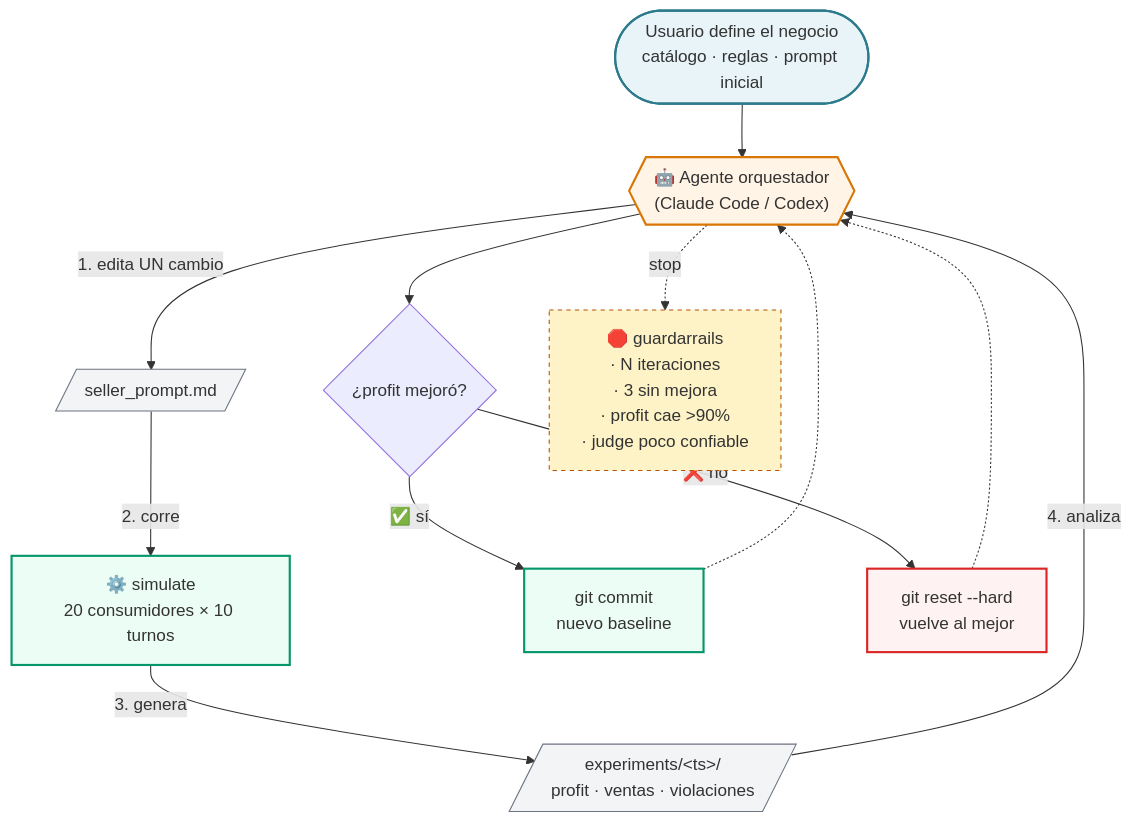
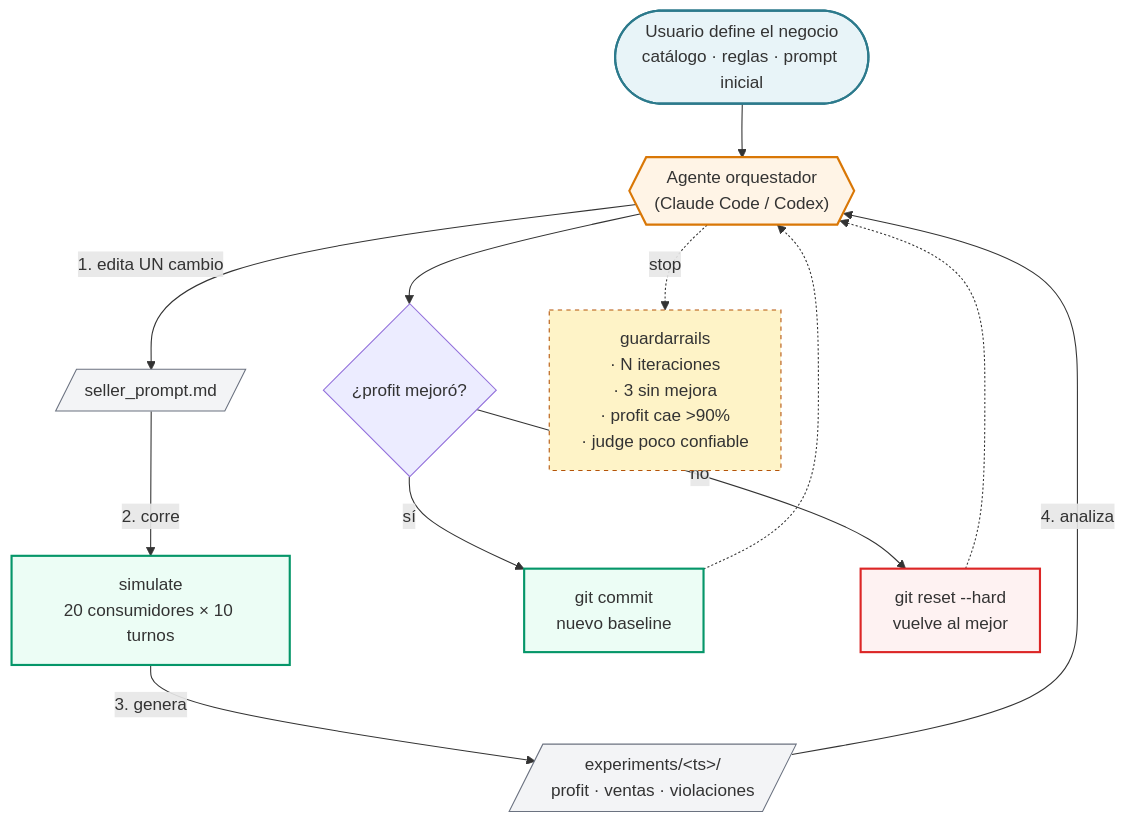
The diagram in docs/loop-macro.md (mfalcon/sales-arena), drawn with Mermaid before and after one commit. The commit also changed 2 other files, not shown here.

Commit message:
docs: remove emojis from diagram files
Strip decorative emojis from the three doc diagrams (loop-macro, methodology,
turns-and-feedback) and their narrative text. Keeps the labels and structure
intact; only the icons are gone.

````diff
--- a/docs/loop-macro.md
+++ b/docs/loop-macro.md
@@ -3,33 +3,33 @@
 ```mermaid
 flowchart TD
     U([Usuario define el negocio<br/>catálogo · reglas · prompt inicial]) --> ORQ
 
-    ORQ{{"🤖 Agente orquestador<br/>(Claude Code / Codex)"}}
+    ORQ{{"Agente orquestador<br/>(Claude Code / Codex)"}}
 
     ORQ -->|"1. edita UN cambio"| PR[/seller_prompt.md/]
-    PR -->|"2. corre"| SIM["⚙️ simulate<br/>20 consumidores × 10 turnos"]
+    PR -->|"2. corre"| SIM["simulate<br/>20 consumidores × 10 turnos"]
     SIM -->|"3. genera"| EXP[/"experiments/&lt;ts&gt;/<br/>profit · ventas · violaciones"/]
     EXP -->|"4. analiza"| ORQ
 
     ORQ --> Q{¿profit mejoró?}
-    Q -->|✅ sí| OK["git commit<br/>nuevo baseline"]
-    Q -->|❌ no| BAD["git reset --hard<br/>vuelve al mejor"]
+    Q -->|sí| OK["git commit<br/>nuevo baseline"]
+    Q -->|no| BAD["git reset --hard<br/>vuelve al mejor"]
     OK -.-> ORQ
     BAD -.-> ORQ
 
-    ORQ -.->|stop| G["🛑 guardarrails<br/>· N iteraciones<br/>· 3 sin mejora<br/>· profit cae &gt;90%<br/>· judge poco confiable"]
+    ORQ -.->|stop| G["guardarrails<br/>· N iteraciones<br/>· 3 sin mejora<br/>· profit cae &gt;90%<br/>· judge poco confiable"]
 
     classDef user fill:#e8f4f8,stroke:#2c7a8c,stroke-width:2px
     classDef agent fill:#fff4e6,stroke:#d97706,stroke-width:2px
     classDef file fill:#f3f4f6,stroke:#6b7280,stroke-width:1px
     classDef action fill:#ecfdf5,stroke:#059669,stroke-width:2px
     classDef bad fill:#fef2f2,stroke:#dc2626,stroke-width:2px
     classDef stop fill:#fef3c7,stroke:#b45309,stroke-width:1px,stroke-dasharray: 4 4
 
     class U user
     class ORQ agent
     class PR,EXP file
     class SIM,OK action
     class BAD bad
     class G stop
 ```
````
